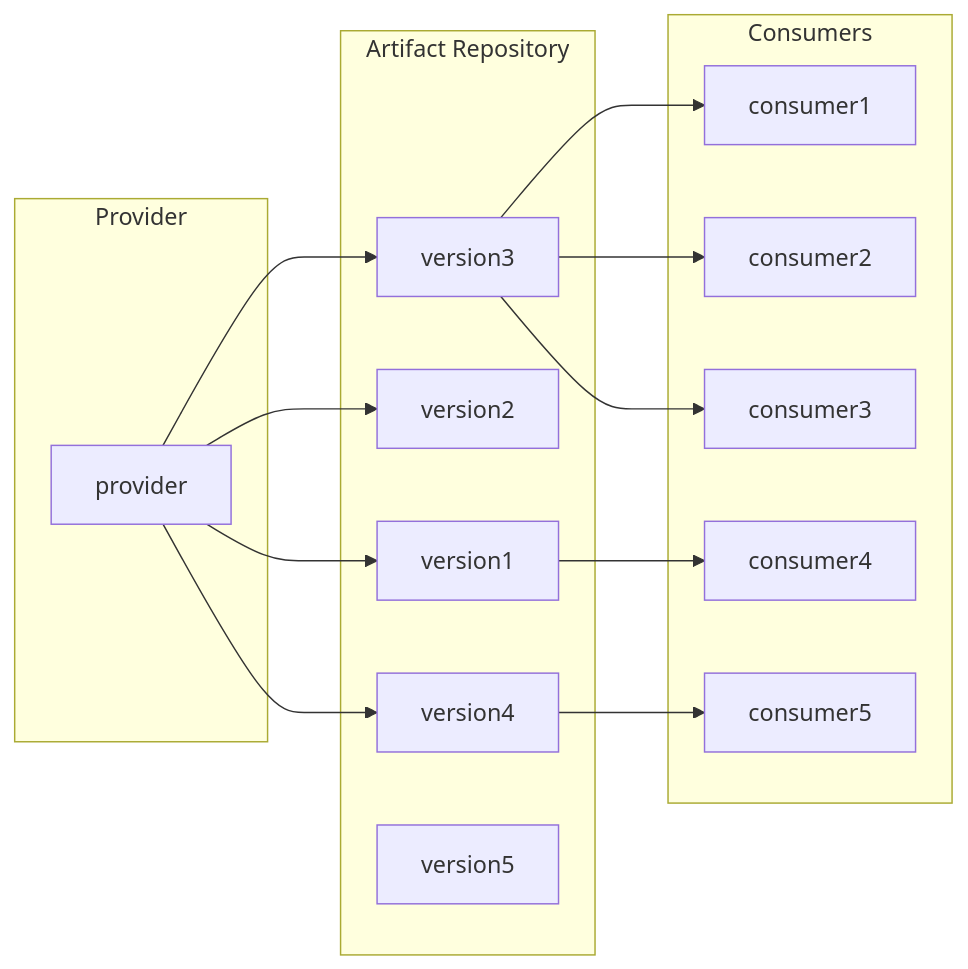
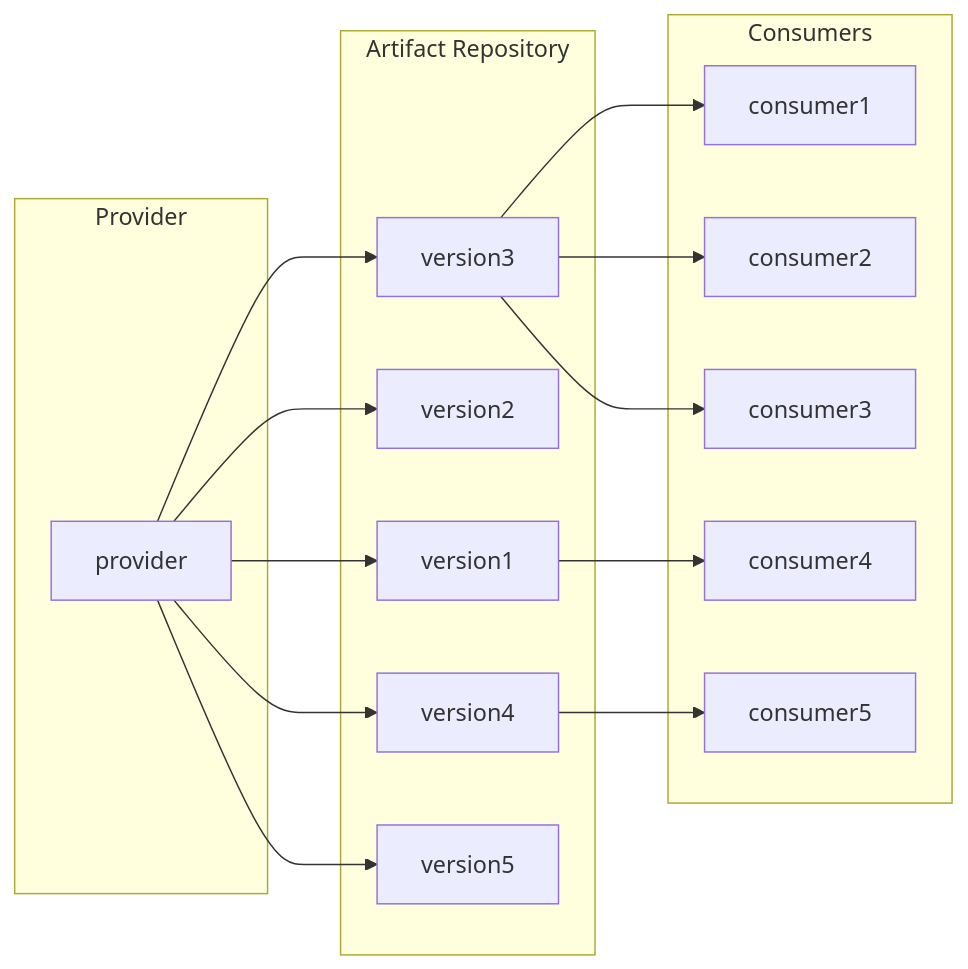
The first of 2 diagrams in www/docs/monorepo.md (jiaqi/cyclopsgroup), drawn with Mermaid before and after one commit. The commit also changed other lines of this file and 1 other file, not shown here.

````diff
--- a/www/docs/monorepo.md
+++ b/www/docs/monorepo.md
@@ -45,32 +45,33 @@
 ```mermaid
 graph LR
   subgraph Provider
     provider
   end
 
   subgraph Artifact Repository
     version1
     version2
     version3
     version4
     version5
   end
 
   subgraph Consumers
     consumer1
     consumer2
     consumer3
     consumer4
     consumer5
   end
 
   provider --> version1
   provider --> version2
   provider --> version3
   provider --> version4
+  provider --> version5
   version3 --> consumer1
   version3 --> consumer2
   version3 --> consumer3
   version1 --> consumer4
   version4 --> consumer5
 ```
````
